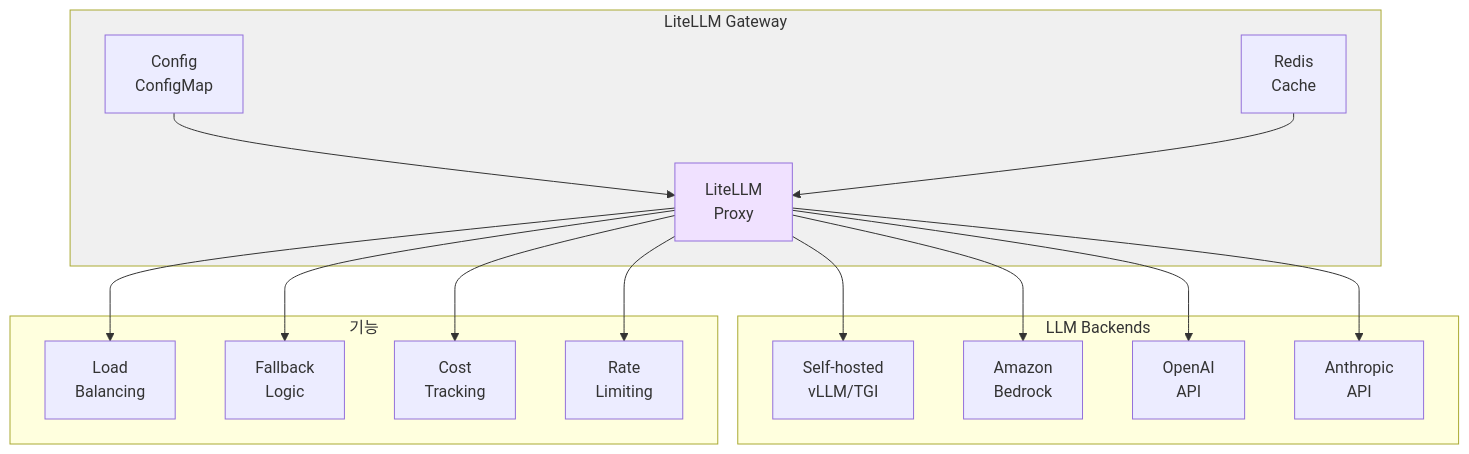
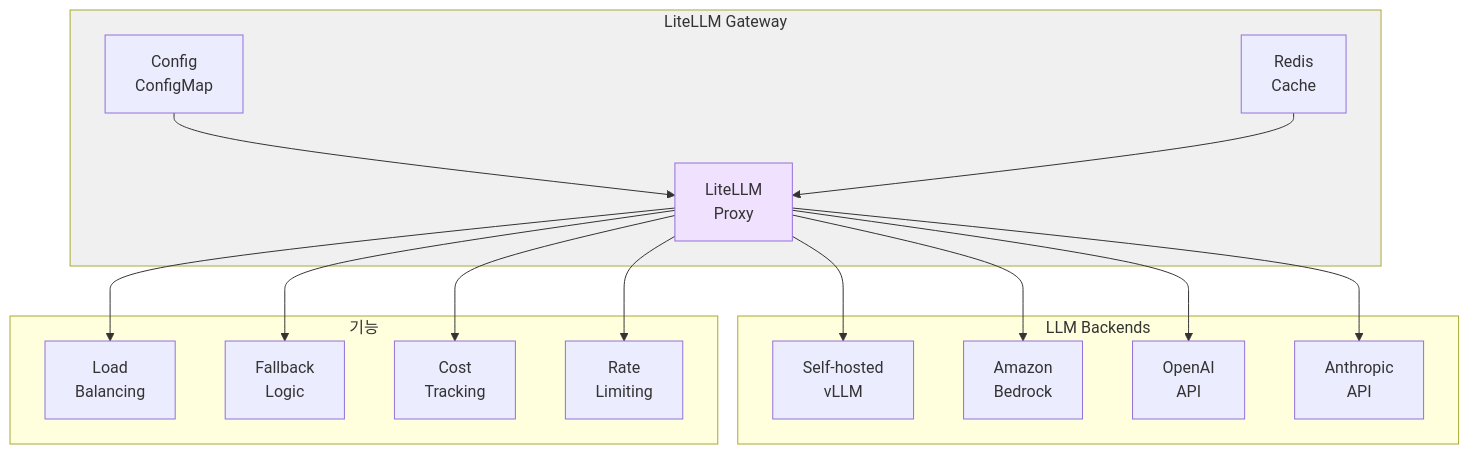
Diagram 13 of 16 in docs/agentic-ai-platform/design-architecture/agentic-ai-challenges.md (devfloor9/engineering-playbook), drawn with Mermaid before and after one commit. The commit also changed other lines of this file and 21 other files, not shown here.

````diff
--- a/docs/agentic-ai-platform/design-architecture/agentic-ai-challenges.md
+++ b/docs/agentic-ai-platform/design-architecture/agentic-ai-challenges.md
@@ -623,36 +790,36 @@
 ```mermaid
 flowchart TD
     subgraph Gateway["LiteLLM Gateway"]
         PROXY["LiteLLM<br/>Proxy"]
         CONFIG["Config<br/>ConfigMap"]
         CACHE["Redis<br/>Cache"]
     end
 
     subgraph Backends["LLM Backends"]
-        SELF["Self-hosted<br/>vLLM/TGI"]
+        SELF["Self-hosted<br/>vLLM"]
         BEDROCK["Amazon<br/>Bedrock"]
         OPENAI["OpenAI<br/>API"]
         ANTHROPIC["Anthropic<br/>API"]
     end
 
     subgraph Features["기능"]
         LB["Load<br/>Balancing"]
         FALLBACK["Fallback<br/>Logic"]
         COST["Cost<br/>Tracking"]
         RATE["Rate<br/>Limiting"]
     end
 
     CONFIG --> PROXY
     CACHE --> PROXY
     PROXY --> SELF
     PROXY --> BEDROCK
     PROXY --> OPENAI
     PROXY --> ANTHROPIC
     PROXY --> LB
     PROXY --> FALLBACK
     PROXY --> COST
     PROXY --> RATE
 
     style PROXY fill:#f0e1ff
     style Gateway fill:#f0f0f0
 ```
````
